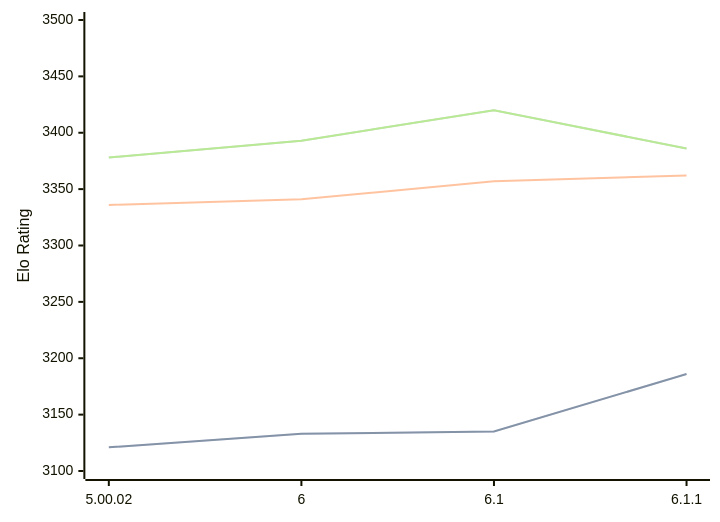
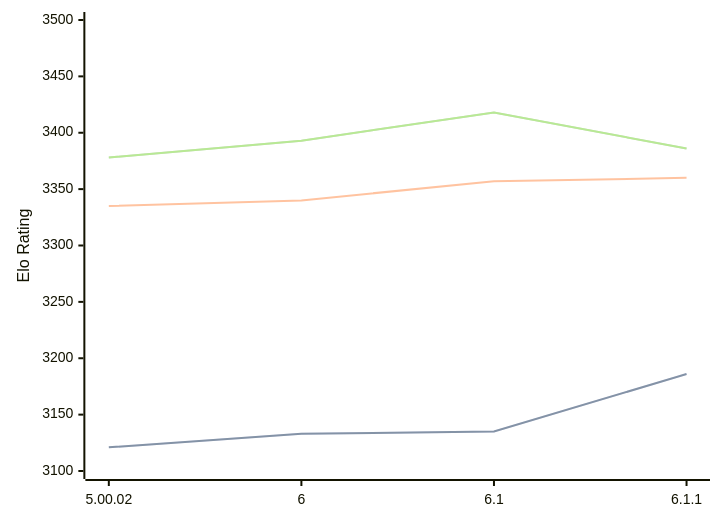
One commit to computer-chess-index/cci changed the third of 3 diagrams in engines/Zangdar.md. Above: the diagram before and after it, drawn with Mermaid. The commit also changed other lines of this file, not shown here.

Commit message:
Update CCI Ratings (ELO VLTC) - 2026-06-27

````diff
--- a/engines/Zangdar.md
+++ b/engines/Zangdar.md
@@ -79,11 +79,11 @@
 ```mermaid
 %%{init: {"theme":"base","themeVariables":{"seriesColors:['#a3a3a3','#222221','#faa371']}}}%%
 xychart-beta
   x-axis ["5.00.02", "6", "6.1", "6.1.1"]
   y-axis "Elo Rating" 3100 --> 3500
   line "STC (8.0+0.08s)" [3121, 3133, 3135, 3186]
   line "STC (8.0+0.08s)" [3121, 3133, 3135, 3186]
-  line "LTC (60.0+0.60s)" [3336, 3341, 3357, 3362]
-  line "VLTC (2m24s+1.12s)" [3378, 3393, 3420, 3386]
-  line "VLTC (2m24s+1.12s)" [3378, 3393, 3420, 3386]
+  line "LTC (60.0+0.60s)" [3335, 3340, 3357, 3360]
+  line "VLTC (2m24s+1.12s)" [3378, 3393, 3418, 3386]
+  line "VLTC (2m24s+1.12s)" [3378, 3393, 3418, 3386]
 ```
````
